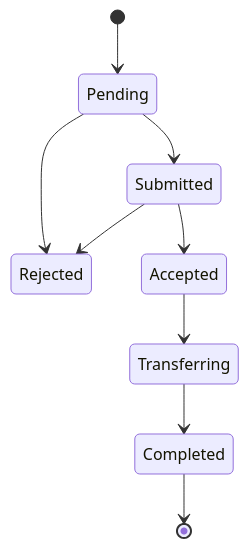
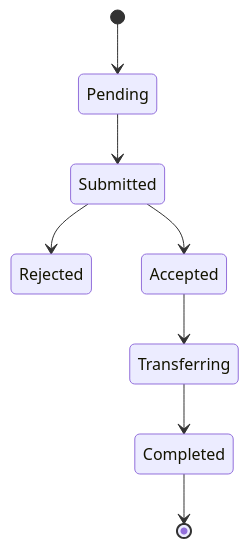
One commit to wealthkernel/api-documentation-guides changed the diagram in docs/inbound-transfers/Basics.md. Above: the diagram before and after it, drawn with Mermaid.

Commit message:
Updated diagram

````diff
--- a/docs/inbound-transfers/Basics.md
+++ b/docs/inbound-transfers/Basics.md
@@ -12,11 +12,10 @@
 ```mermaid
 stateDiagram-v2
     [*] --> Pending
     Pending --> Submitted
-    Pending --> Rejected
     Submitted --> Rejected
     Submitted --> Accepted
     Accepted --> Transferring
     Transferring --> Completed
     Completed --> [*]   
 ```
````
